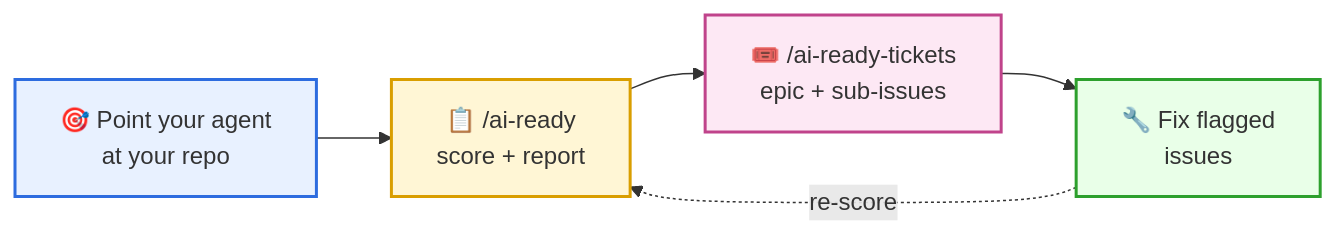
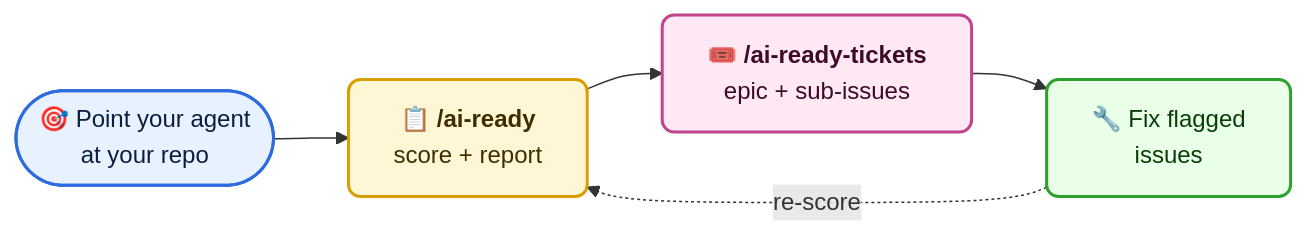
One commit to vjovanov/ai-ready changed the first of 2 diagrams in README.md. Above: the diagram before and after it, drawn with Mermaid. The commit also changed other lines of this file, not shown here.

Commit message:
docs(readme): improve mermaid flow diagrams

````diff
--- a/README.md
+++ b/README.md
@@ -14,12 +14,17 @@
 ```mermaid
 flowchart LR
-    A["🎯 Point your agent<br/>at your repo"] --> B["📋 /ai-ready<br/>score + report"]
-    B --> C["🎟️ /ai-ready-tickets<br/>epic + sub-issues"]
+    A(["🎯 Point your agent<br/>at your repo"]) --> B["📋 <b>/ai-ready</b><br/>score + report"]
+    B --> C["🎟️ <b>/ai-ready-tickets</b><br/>epic + sub-issues"]
     C --> D["🔧 Fix flagged<br/>issues"]
-    D -.re-score.-> B
+    D -. re-score .-> B
 
-    style A fill:#e8f1ff,stroke:#2d6cdf,stroke-width:2px
-    style B fill:#fff6d5,stroke:#d99e00,stroke-width:2px
-    style C fill:#fde8f4,stroke:#c0438b,stroke-width:2px
-    style D fill:#e9ffe8,stroke:#2da02d,stroke-width:2px
+    classDef start fill:#e8f1ff,stroke:#2d6cdf,stroke-width:2px,color:#0a1f3d,rx:12,ry:12
+    classDef score fill:#fff6d5,stroke:#d99e00,stroke-width:2px,color:#3d2e00,rx:8,ry:8
+    classDef tickets fill:#fde8f4,stroke:#c0438b,stroke-width:2px,color:#3d0a28,rx:8,ry:8
+    classDef fix fill:#e9ffe8,stroke:#2da02d,stroke-width:2px,color:#0a3d0a,rx:8,ry:8
+
+    class A start
+    class B score
+    class C tickets
+    class D fix
 ```
````
